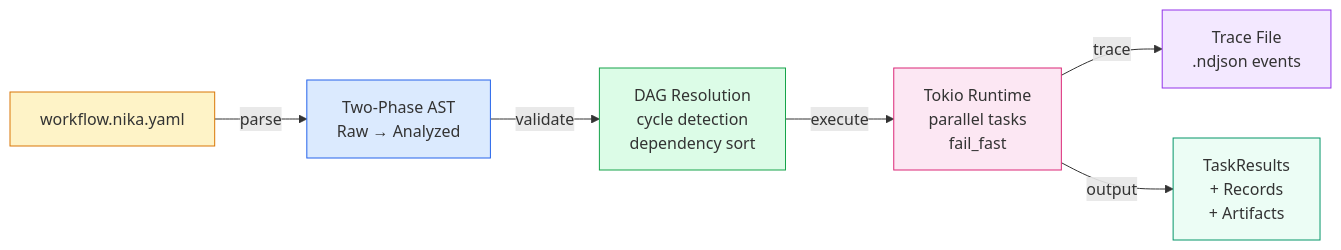
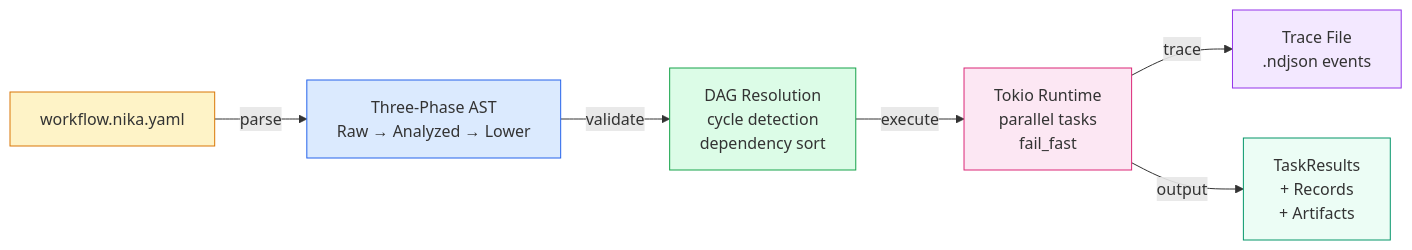
The first of 23 diagrams in tools/nika/docs/brainstorm/nika-evolution/11-nika-030-technical-reference.md (supernovae-st/nika), drawn with Mermaid before and after one commit. The commit also changed other lines of this file and 35 other files, not shown here.

````diff
--- a/tools/nika/docs/brainstorm/nika-evolution/11-nika-030-technical-reference.md
+++ b/tools/nika/docs/brainstorm/nika-evolution/11-nika-030-technical-reference.md
@@ -41,15 +47,15 @@
 ```mermaid
 flowchart LR
-    YAML["workflow.nika.yaml"] -->|parse| AST["Two-Phase AST\nRaw → Analyzed"]
+    YAML["workflow.nika.yaml"] -->|parse| AST["Three-Phase AST\nRaw → Analyzed → Lower"]
     AST -->|validate| DAG["DAG Resolution\ncycle detection\ndependency sort"]
     DAG -->|execute| RT["Tokio Runtime\nparallel tasks\nfail_fast"]
     RT -->|trace| NDJSON["Trace File\n.ndjson events"]
     RT -->|output| RESULT["TaskResults\n+ Records\n+ Artifacts"]
 
     style YAML fill:#fef3c7,stroke:#d97706
     style AST fill:#dbeafe,stroke:#2563eb
     style DAG fill:#dcfce7,stroke:#16a34a
     style RT fill:#fce7f3,stroke:#db2777
     style NDJSON fill:#f3e8ff,stroke:#9333ea
     style RESULT fill:#ecfdf5,stroke:#059669
 ```
````
